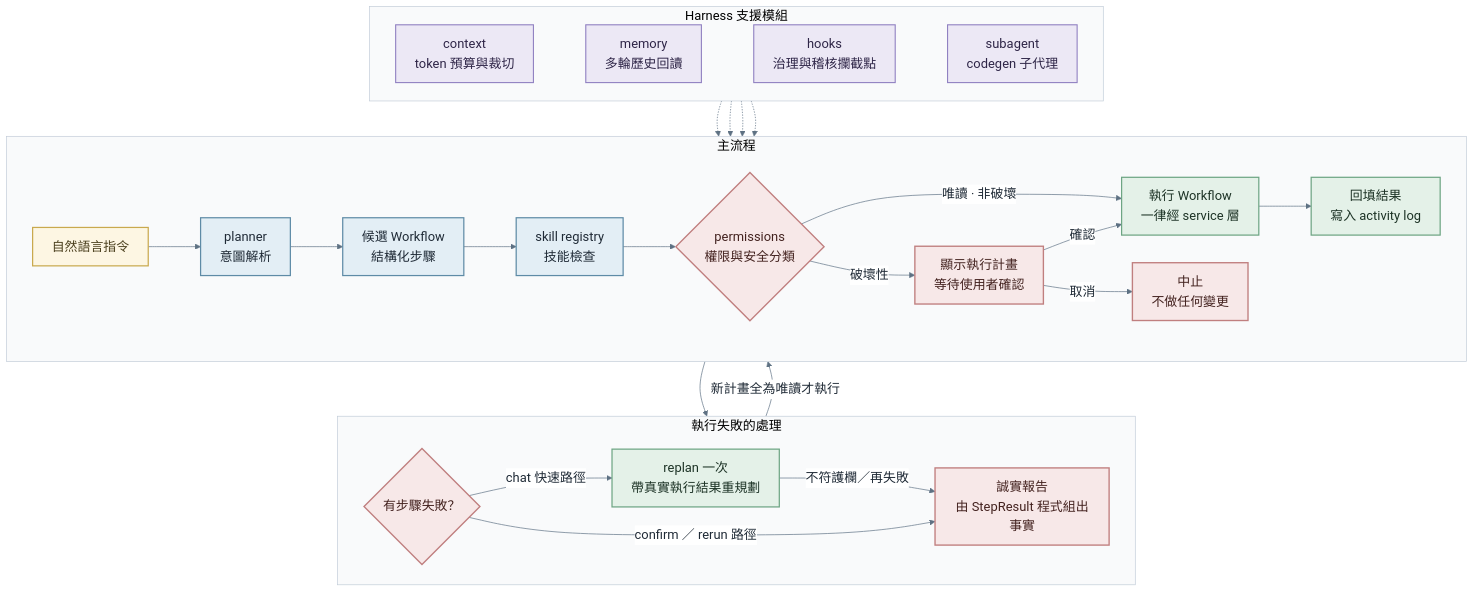
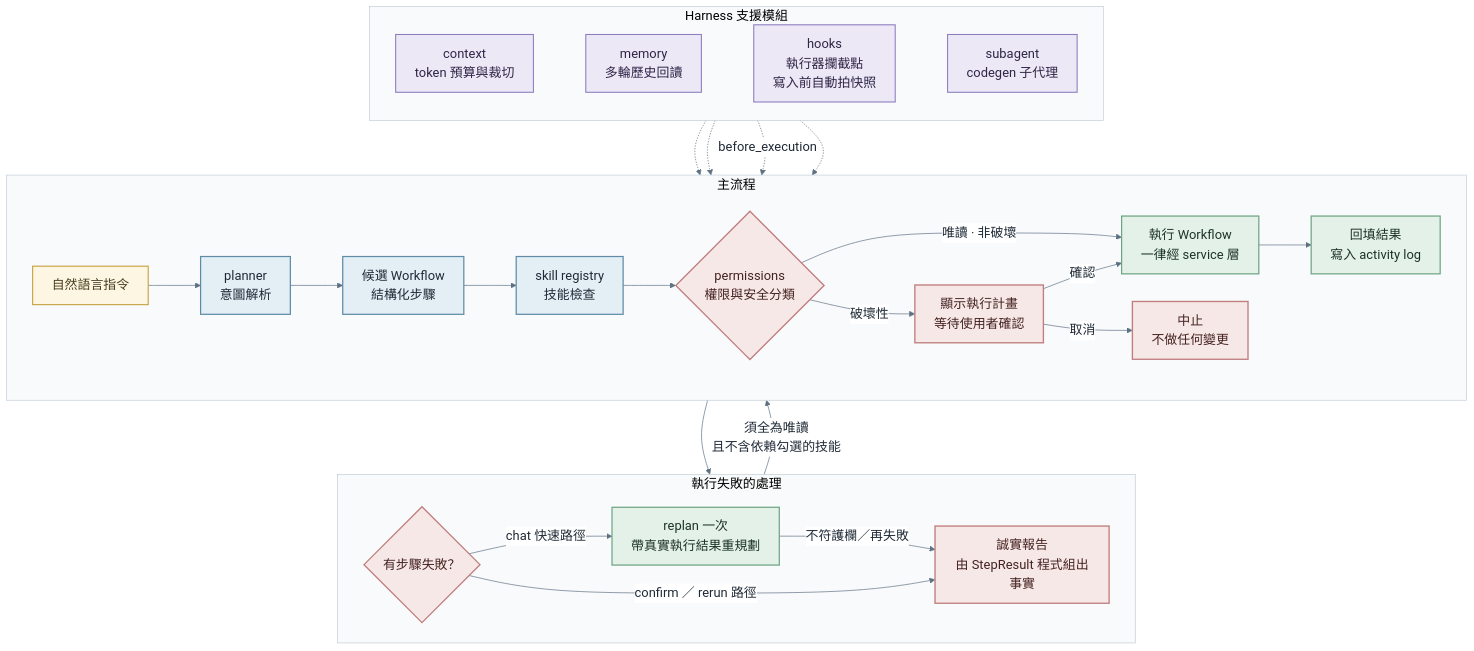
The diagram in doc/ppt/src/05-chat.mmd (billwu101/CloudDrive), drawn with Mermaid before and after one commit. The commit also changed 5 other files, not shown here.

```diff
--- a/doc/ppt/src/05-chat.mmd
+++ b/doc/ppt/src/05-chat.mmd
@@ -1,48 +1,48 @@
 %%{init: {'theme':'base','themeVariables':{'fontFamily':'PingFang TC, Avenir Next, Helvetica Neue, Arial, sans-serif','fontSize':'19px','primaryColor':'#eef1f5','primaryBorderColor':'#8b98a8','primaryTextColor':'#1f2a36','lineColor':'#5e7183','edgeLabelBackground':'#ffffff','clusterBkg':'#f9fafb','clusterBorder':'#c2ccd8'},'flowchart':{'curve':'basis','nodeSpacing':34,'rankSpacing':52,'padding':14}}}%%
 flowchart TB
   subgraph MAIN["主流程"]
     direction LR
     A["自然語言指令"] --> B["planner<br/>意圖解析"]
     B --> C["候選 Workflow<br/>結構化步驟"]
     C --> D["skill registry<br/>技能檢查"]
     D --> E{"permissions<br/>權限與安全分類"}
     E -->|"唯讀 · 非破壞"| F["執行 Workflow<br/>一律經 service 層"]
     E -->|"破壞性"| G["顯示執行計畫<br/>等待使用者確認"]
     G -->|"確認"| F
     G -->|"取消"| X["中止<br/>不做任何變更"]
     F --> I["回填結果<br/>寫入 activity log"]
   end
   subgraph FAIL["執行失敗的處理"]
     direction LR
     F2{"有步驟失敗？"}
     R["replan 一次<br/>帶真實執行結果重規劃"]
     H["誠實報告<br/>由 StepResult 程式組出事實"]
     F2 -->|"chat 快速路徑"| R
-    R -->|"新計畫全為唯讀才執行"| F
+    R -->|"須全為唯讀<br/>且不含依賴勾選的技能"| F
     R -->|"不符護欄／再失敗"| H
     F2 -->|"confirm ／ rerun 路徑"| H
   end
   subgraph SUP["Harness 支援模組"]
     direction LR
     CTX["context<br/>token 預算與裁切"]
     MEM["memory<br/>多輪歷史回讀"]
-    HK["hooks<br/>治理與稽核攔截點"]
+    HK["hooks<br/>執行器攔截點<br/>寫入前自動拍快照"]
     SA["subagent<br/>codegen 子代理"]
     CTX ~~~ MEM ~~~ HK ~~~ SA
   end
   F --> F2
   CTX -.-> B
   MEM -.-> B
-  HK -.-> E
+  HK -.->|"before_execution"| F
   SA -.-> D
   classDef inp fill:#fdf6e3,stroke:#c9a94e,stroke-width:1.8px,color:#4a3f1d
   classDef proc fill:#e3eef5,stroke:#5e8ba6,stroke-width:1.8px,color:#1f2a36
   classDef gate fill:#f7e8e8,stroke:#c07f7f,stroke-width:2px,color:#43221f
   classDef run fill:#e4f1e8,stroke:#6da583,stroke-width:1.8px,color:#1c3225
   classDef sup fill:#ece8f5,stroke:#8f7fc0,stroke-width:1.6px,color:#2e2547
   class A inp
   class B,C,D proc
   class E,G,X,F2 gate
   class F,I,R run
   class H gate
   class CTX,MEM,HK,SA sup
```
